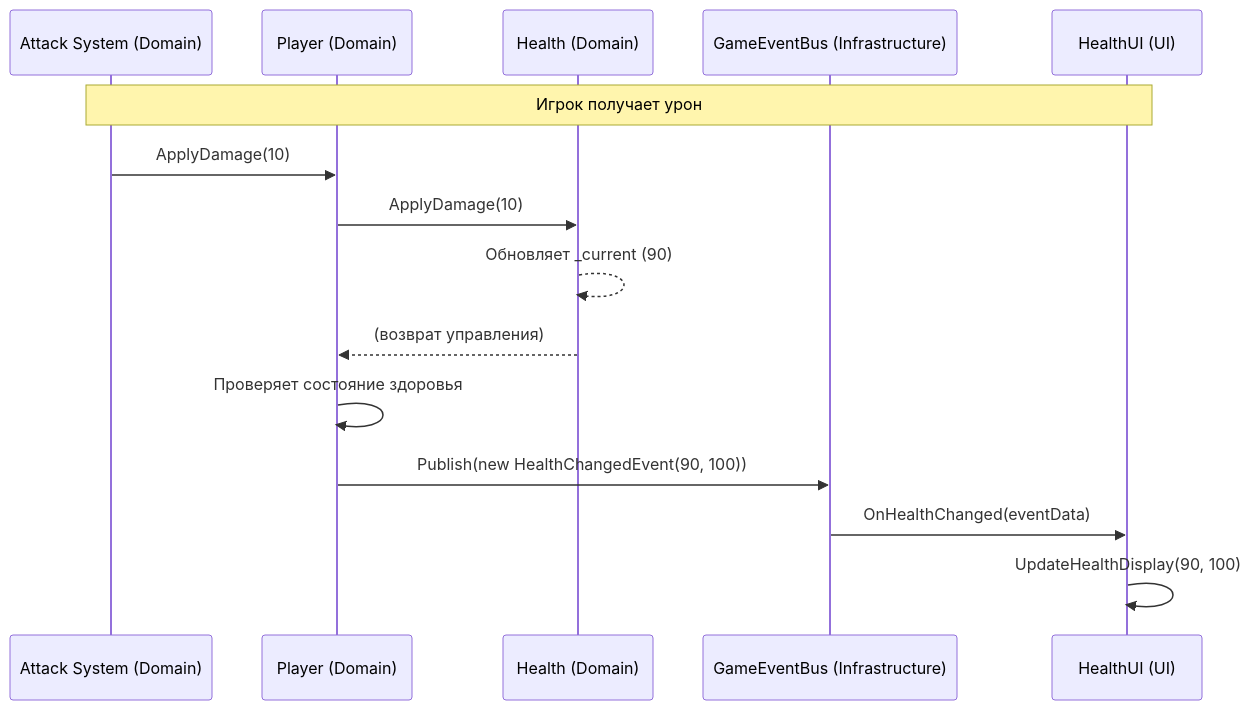
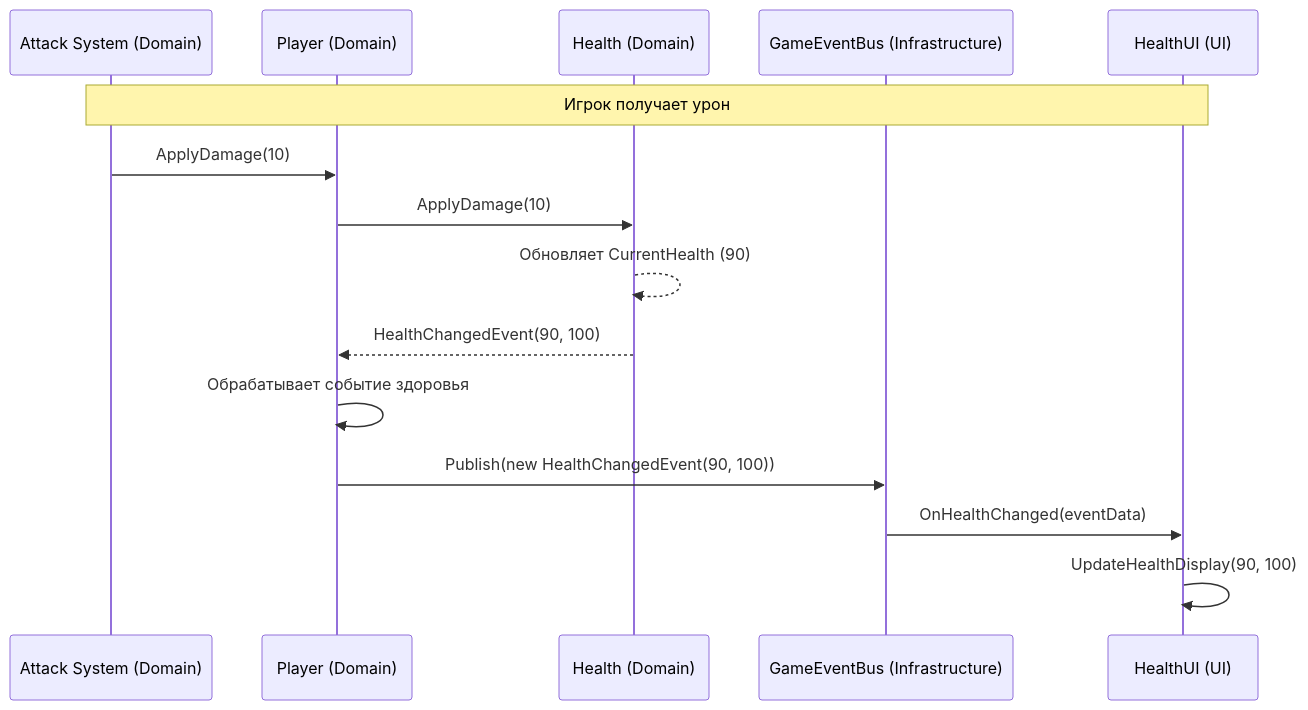
One commit to BlizzyIxyz/Code-Standards changed the second of 2 diagrams in Code examples.md. Above: the diagram before and after it, drawn with Mermaid.

Commit message:
Update Code examples.md

````diff
--- a/Code examples.md
+++ b/Code examples.md
@@ -105,18 +105,18 @@
 ```mermaid
 sequenceDiagram
   participant AttackSystem as Attack System (Domain)
   participant Player as Player (Domain)
   participant Health as Health (Domain)
   participant GameEventBus as GameEventBus (Infrastructure)
   participant HealthUI as HealthUI (UI)
 
   Note over AttackSystem, HealthUI: Игрок получает урон
   AttackSystem ->> Player: ApplyDamage(10)
   Player ->> Health: ApplyDamage(10)
-  Health -->> Health: Обновляет _current (90)
-  Health -->> Player: (возврат управления)
-  Player ->> Player: Проверяет состояние здоровья
+  Health -->> Health: Обновляет CurrentHealth (90)
+  Health -->> Player: HealthChangedEvent(90, 100)
+  Player ->> Player: Обрабатывает событие здоровья
   Player ->> GameEventBus: Publish(new HealthChangedEvent(90, 100))
   GameEventBus ->> HealthUI: OnHealthChanged(eventData)
   HealthUI ->> HealthUI: UpdateHealthDisplay(90, 100)
 ```
````
